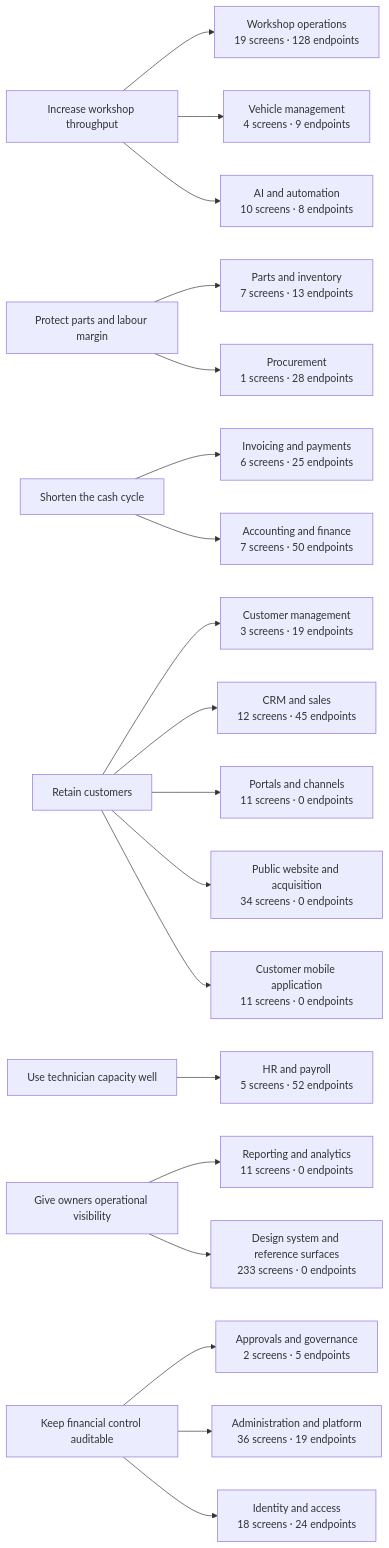
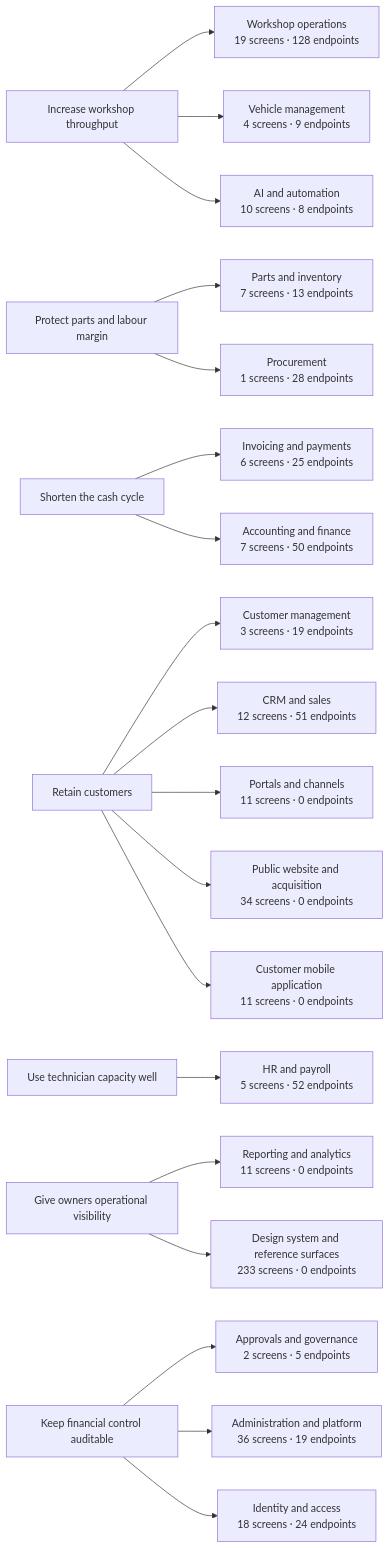
Before and after one commit to tazamohd/SlClNe: the diagram in docs/07_BUSINESS_ANALYSIS/BUSINESS_CAPABILITY_MAP.md, drawn with Mermaid. The commit also changed other lines of this file and 64 other files, not shown here.

````diff
--- a/docs/07_BUSINESS_ANALYSIS/BUSINESS_CAPABILITY_MAP.md
+++ b/docs/07_BUSINESS_ANALYSIS/BUSINESS_CAPABILITY_MAP.md
@@ -22,46 +22,46 @@
 ```mermaid
 flowchart LR
   OBJ_THROUGHPUT["Increase workshop throughput"]
   OBJ_MARGIN["Protect parts and labour margin"]
   OBJ_CASH["Shorten the cash cycle"]
   OBJ_RETENTION["Retain customers"]
   OBJ_CAPACITY["Use technician capacity well"]
   OBJ_VISIBILITY["Give owners operational visibility"]
   OBJ_CONTROL["Keep financial control auditable"]
   CAP_WORKSHOP["Workshop operations<br/>19 screens · 128 endpoints"]
   OBJ_THROUGHPUT --> CAP_WORKSHOP
   CAP_CUSTOMERS["Customer management<br/>3 screens · 19 endpoints"]
   OBJ_RETENTION --> CAP_CUSTOMERS
   CAP_VEHICLES["Vehicle management<br/>4 screens · 9 endpoints"]
   OBJ_THROUGHPUT --> CAP_VEHICLES
   CAP_INVENTORY["Parts and inventory<br/>7 screens · 13 endpoints"]
   OBJ_MARGIN --> CAP_INVENTORY
   CAP_PROCUREMENT["Procurement<br/>1 screens · 28 endpoints"]
   OBJ_MARGIN --> CAP_PROCUREMENT
   CAP_BILLING["Invoicing and payments<br/>6 screens · 25 endpoints"]
   OBJ_CASH --> CAP_BILLING
   CAP_ACCOUNTING["Accounting and finance<br/>7 screens · 50 endpoints"]
   OBJ_CASH --> CAP_ACCOUNTING
   CAP_HR["HR and payroll<br/>5 screens · 52 endpoints"]
   OBJ_CAPACITY --> CAP_HR
-  CAP_CRM["CRM and sales<br/>12 screens · 45 endpoints"]
+  CAP_CRM["CRM and sales<br/>12 screens · 51 endpoints"]
   OBJ_RETENTION --> CAP_CRM
   CAP_REPORTING["Reporting and analytics<br/>11 screens · 0 endpoints"]
   OBJ_VISIBILITY --> CAP_REPORTING
   CAP_GOVERNANCE["Approvals and governance<br/>2 screens · 5 endpoints"]
   OBJ_CONTROL --> CAP_GOVERNANCE
   CAP_PORTALS["Portals and channels<br/>11 screens · 0 endpoints"]
   OBJ_RETENTION --> CAP_PORTALS
   CAP_AI["AI and automation<br/>10 screens · 8 endpoints"]
   OBJ_THROUGHPUT --> CAP_AI
   CAP_PLATFORM["Administration and platform<br/>36 screens · 19 endpoints"]
   OBJ_CONTROL --> CAP_PLATFORM
   CAP_IDENTITY["Identity and access<br/>18 screens · 24 endpoints"]
   OBJ_CONTROL --> CAP_IDENTITY
   CAP_WEBSITE["Public website and acquisition<br/>34 screens · 0 endpoints"]
   OBJ_RETENTION --> CAP_WEBSITE
   CAP_CUSTOMERAPP["Customer mobile application<br/>11 screens · 0 endpoints"]
   OBJ_RETENTION --> CAP_CUSTOMERAPP
   CAP_DESIGNSYSTEM["Design system and reference surfaces<br/>233 screens · 0 endpoints"]
   OBJ_VISIBILITY --> CAP_DESIGNSYSTEM
 ```
````
